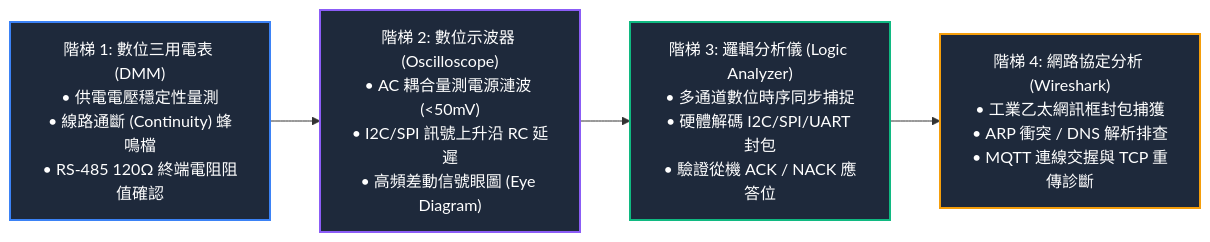
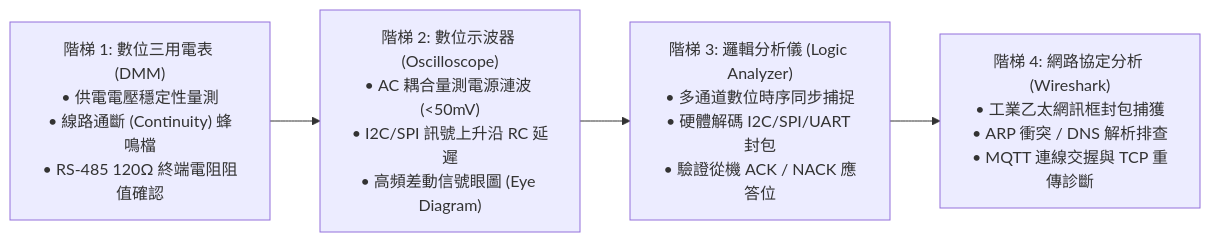
One commit to ta-lang/iPAS_Test changed the third of 4 diagrams in exam/notes/aiot/s2_物聯網系統與應用/L121_軟硬體整合規劃.md. Above: the diagram before and after it, drawn with Mermaid. The commit also changed other lines of this file and 16 other files, not shown here.

Commit message:
fix(mermaid): remove hardcoded styles, add high-contrast theme CSS, and forbid color styling in SOP

````diff
--- a/exam/notes/aiot/s2_物聯網系統與應用/L121_軟硬體整合規劃.md
+++ b/exam/notes/aiot/s2_物聯網系統與應用/L121_軟硬體整合規劃.md
@@ -106,10 +97,6 @@
 ```mermaid
 flowchart LR
     S1["階梯 1: 數位三用電表 (DMM)<br>• 供電電壓穩定性量測<br>• 線路通斷 (Continuity) 蜂鳴檔<br>• RS-485 120Ω 終端電阻阻值確認"] --> S2["階梯 2: 數位示波器 (Oscilloscope)<br>• AC 耦合量測電源漣波 (<50mV)<br>• I2C/SPI 訊號上升沿 RC 延遲<br>• 高頻差動信號眼圖 (Eye Diagram)"]
     S2 --> S3["階梯 3: 邏輯分析儀 (Logic Analyzer)<br>• 多通道數位時序同步捕捉<br>• 硬體解碼 I2C/SPI/UART 封包<br>• 驗證從機 ACK / NACK 應答位"] --> S4["階梯 4: 網路協定分析 (Wireshark)<br>• 工業乙太網訊框封包捕獲<br>• ARP 衝突 / DNS 解析排查<br>• MQTT 連線交握與 TCP 重傳診斷"]
 
-    style S1 fill:#1e293b,stroke:#3b82f6,stroke-width:2px,color:#fff
-    style S2 fill:#1e293b,stroke:#8b5cf6,stroke-width:2px,color:#fff
-    style S3 fill:#1e293b,stroke:#10b981,stroke-width:2px,color:#fff
-    style S4 fill:#1e293b,stroke:#f59e0b,stroke-width:2px,color:#fff
 ```
````
